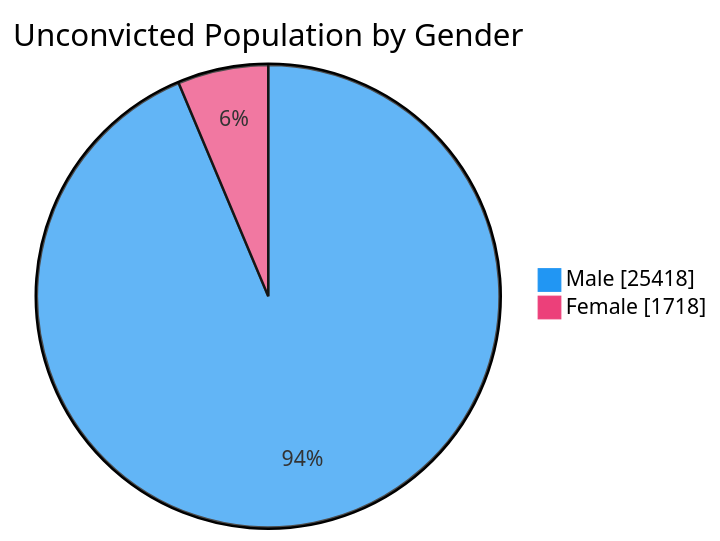
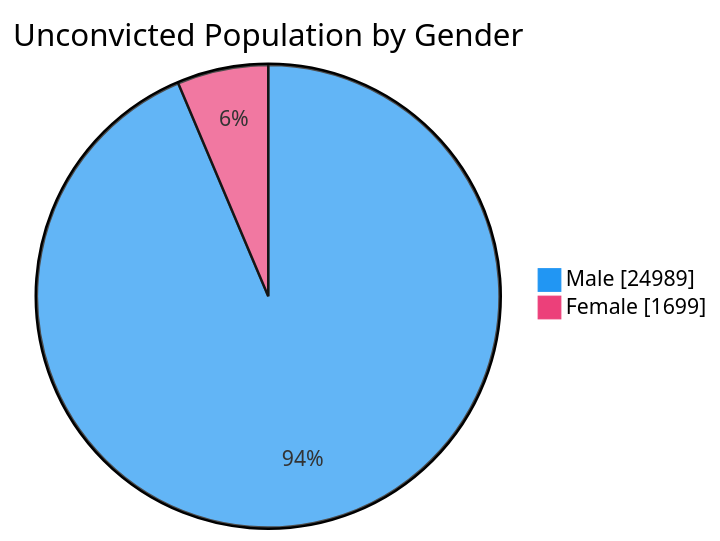
One commit to nuuuwan/lk_prisons changed the fourth of 7 diagrams in README.md. Above: the diagram before and after it, drawn with Mermaid. The commit also changed other lines of this file and 1 other file, not shown here.

````diff
--- a/README.md
+++ b/README.md
@@ -76,6 +76,6 @@
 ```mermaid
 %%{init: {'themeVariables': {'pie1': '#2196F3', 'pie2': '#EC407A'}}}%%
 pie showData title Unconvicted Population by Gender
-    "Male" : 25418
-    "Female" : 1718
+    "Male" : 24989
+    "Female" : 1699
 ```
````
